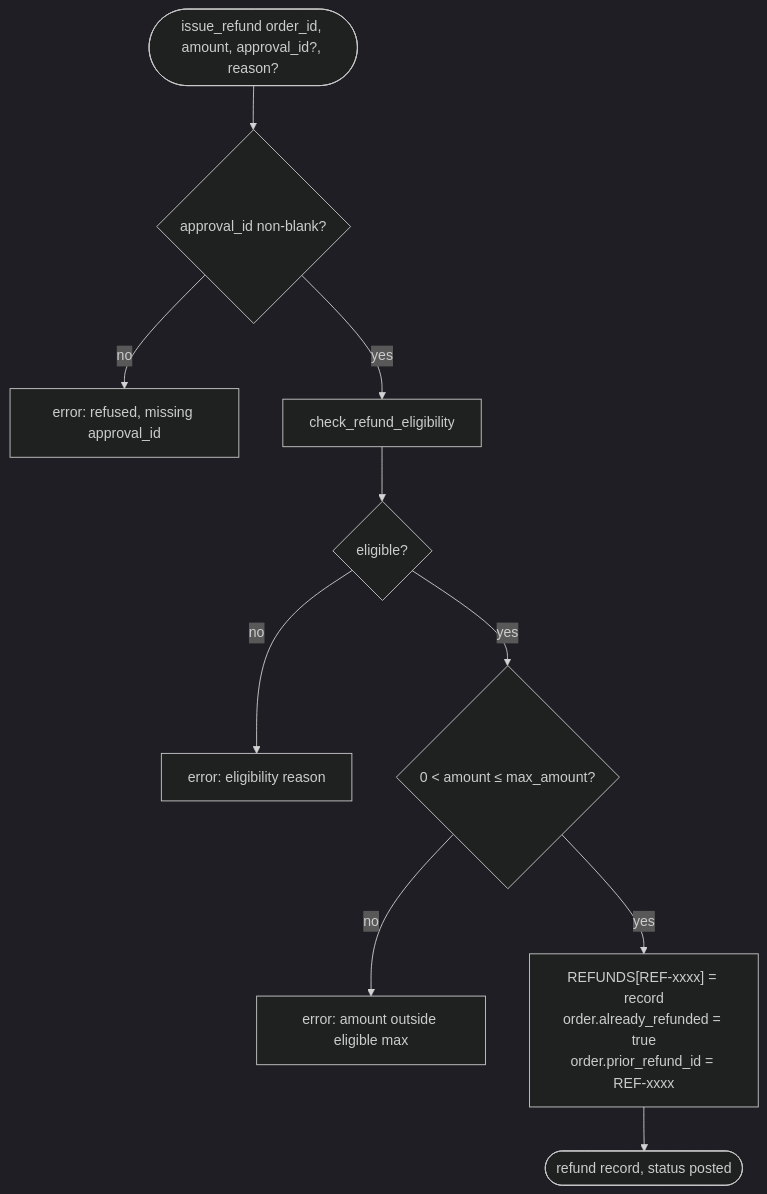
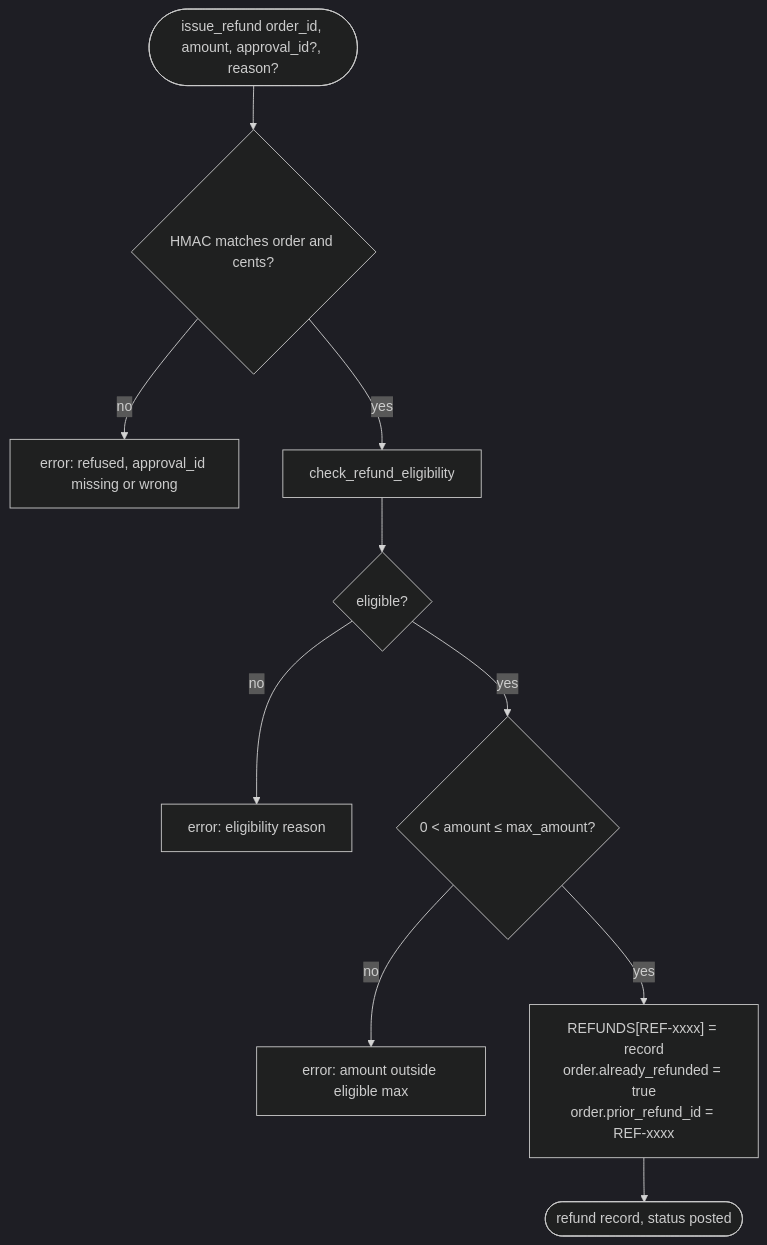
Before and after one commit to ervikassingh/support-dest-agent: the third of 3 diagrams in docs/services/mcp-server/flow.md, drawn with Mermaid (dark theme). The commit also changed 39 other files, not shown here.

````diff
--- a/docs/services/mcp-server/flow.md
+++ b/docs/services/mcp-server/flow.md
@@ -44,12 +44,12 @@
 ```mermaid
 flowchart TD
-  call([issue_refund order_id, amount, approval_id?, reason?]) --> aid{approval_id non-blank?}
-  aid -->|no| e1["error: refused, missing approval_id"]
+  call([issue_refund order_id, amount, approval_id?, reason?]) --> aid{HMAC matches order and cents?}
+  aid -->|no| e1["error: refused, approval_id missing or wrong"]
   aid -->|yes| elig[check_refund_eligibility]
   elig --> ok{eligible?}
   ok -->|no| e2[error: eligibility reason]
   ok -->|yes| amt{0 < amount ≤ max_amount?}
   amt -->|no| e3[error: amount outside eligible max]
   amt -->|yes| post["REFUNDS[REF-xxxx] = record<br/>order.already_refunded = true<br/>order.prior_refund_id = REF-xxxx"]
   post --> ret([refund record, status posted])
 ```
````
